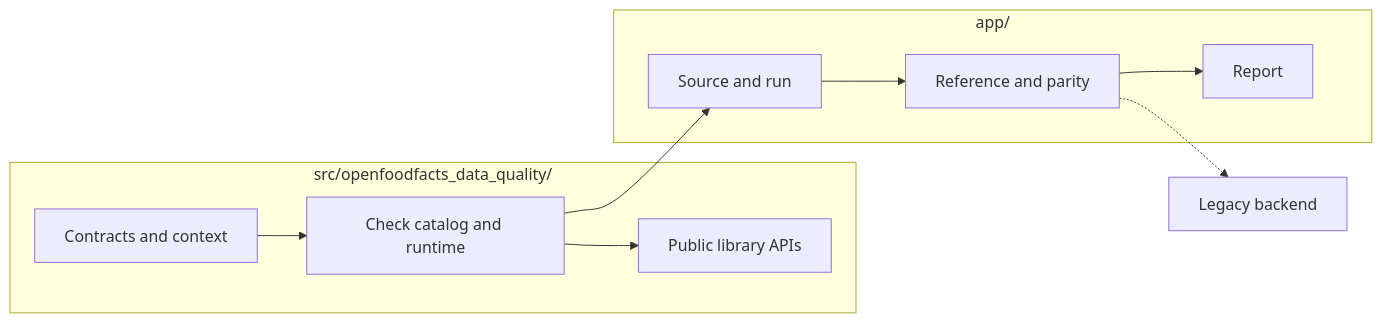
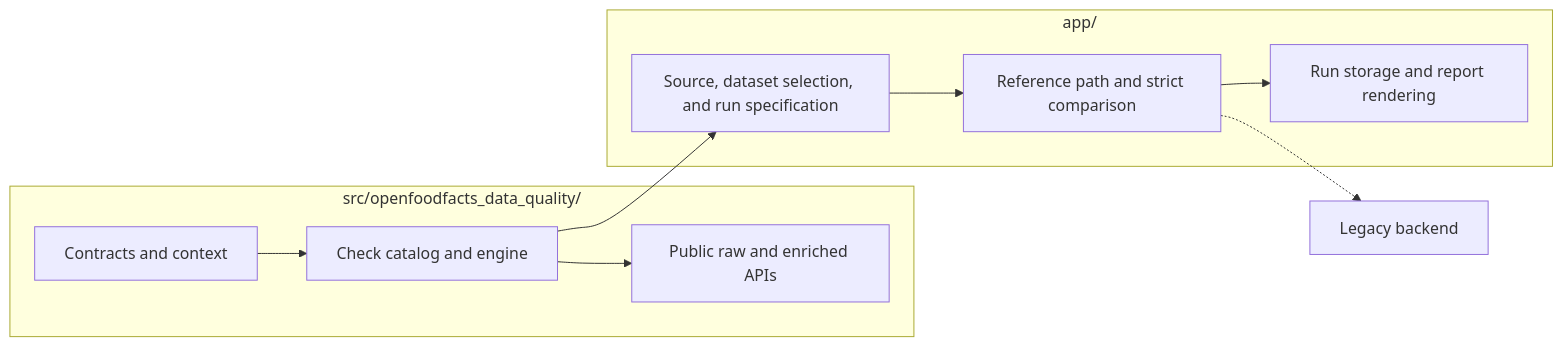
The diagram in docs/explanation/system-architecture.md (bobcorn/openfoodfacts-data-quality), drawn with Mermaid before and after one commit. The commit also changed other lines of this file and 60 other files, not shown here.

Commit message:
feat: add review storage and dataset profiles (#16)

````diff
--- a/docs/explanation/system-architecture.md
+++ b/docs/explanation/system-architecture.md
@@ -10,21 +10,21 @@
 ```mermaid
 flowchart LR
     subgraph SRC["src/openfoodfacts_data_quality/"]
         A["Contracts and context"]
-        B["Check catalog and runtime"]
-        C["Public library APIs"]
+        B["Check catalog and engine"]
+        C["Public raw and enriched APIs"]
         A --> B --> C
     end
 
     subgraph APP["app/"]
-        D["Source and run"]
-        E["Reference and parity"]
-        F["Report"]
+        D["Source, dataset selection, and run specification"]
+        E["Reference path and strict comparison"]
+        F["Run storage and report rendering"]
         D --> E --> F
     end
 
     G["Legacy backend"]
 
     B --> D
     E -.-> G
 ```
````
